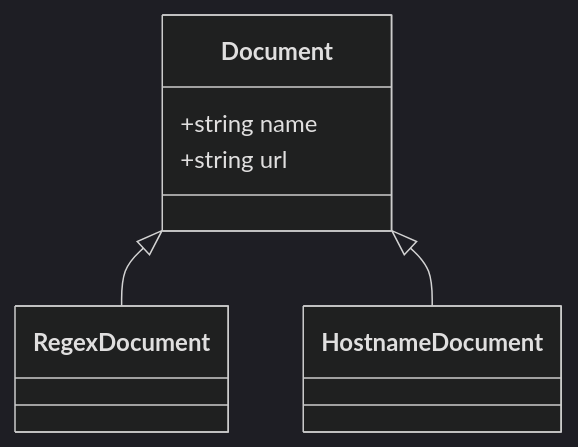
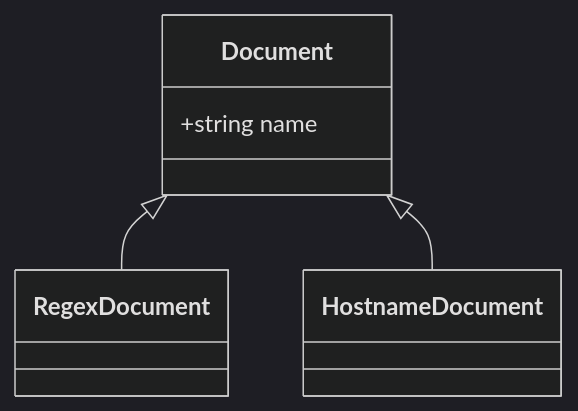
One commit to achiyama/docsmate changed the diagram in ARCHITECTURE.md. Above: the diagram before and after it, drawn with Mermaid (dark theme). The commit also changed 12 other files, not shown here.

````diff
--- a/ARCHITECTURE.md
+++ b/ARCHITECTURE.md
@@ -1,9 +1,8 @@
 ```mermaid
 classDiagram
     Document <|-- RegexDocument
     Document <|-- HostnameDocument
     class Document {
         +string name
-        +string url
     }
 ```
````
